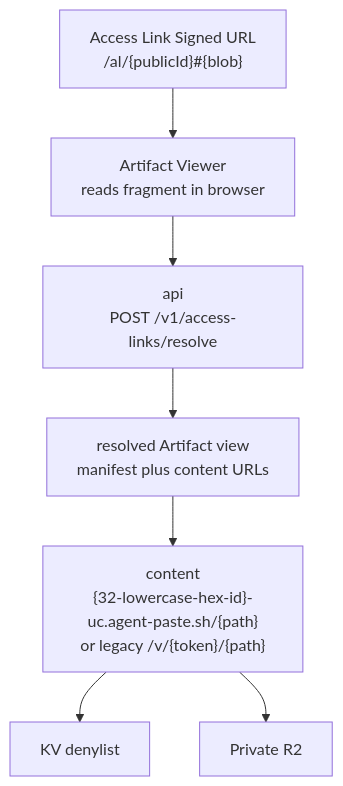
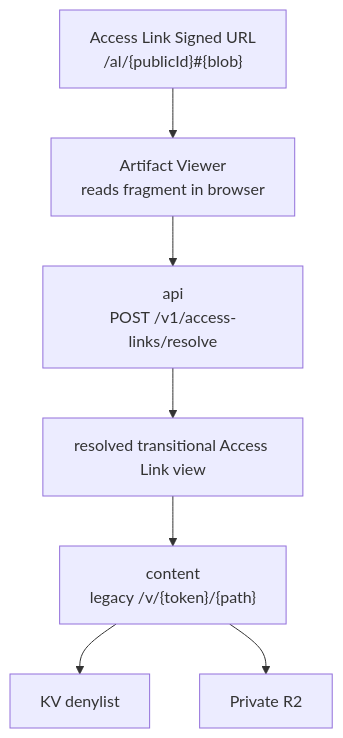
One commit to zaks-io/agent-paste changed the third of 5 diagrams in docs/specs/architecture.md. Above: the diagram before and after it, drawn with Mermaid. The commit also changed other lines of this file and 76 other files, not shown here.

First line of the commit message:
feat(content): add durable capability URLs (#610)

````diff
--- a/docs/specs/architecture.md
+++ b/docs/specs/architecture.md
@@ -136,17 +136,17 @@
 ```mermaid
 flowchart TD
   link["Access Link Signed URL<br/>/al/{publicId}#{blob}"]
   viewer["Artifact Viewer<br/>reads fragment in browser"]
   resolve["api<br/>POST /v1/access-links/resolve"]
-  manifest["resolved Artifact view<br/>manifest plus content URLs"]
-  content["content<br/>{32-lowercase-hex-id}-uc.agent-paste.sh/{path}<br/>or legacy /v/{token}/{path}"]
+  manifest["resolved transitional Access Link view"]
+  content["content<br/>legacy /v/{token}/{path}"]
   r2["Private R2"]
   kv["KV denylist"]
 
   link --> viewer
   viewer --> resolve
   resolve --> manifest
   manifest --> content
   content --> kv
   content --> r2
 ```
````
